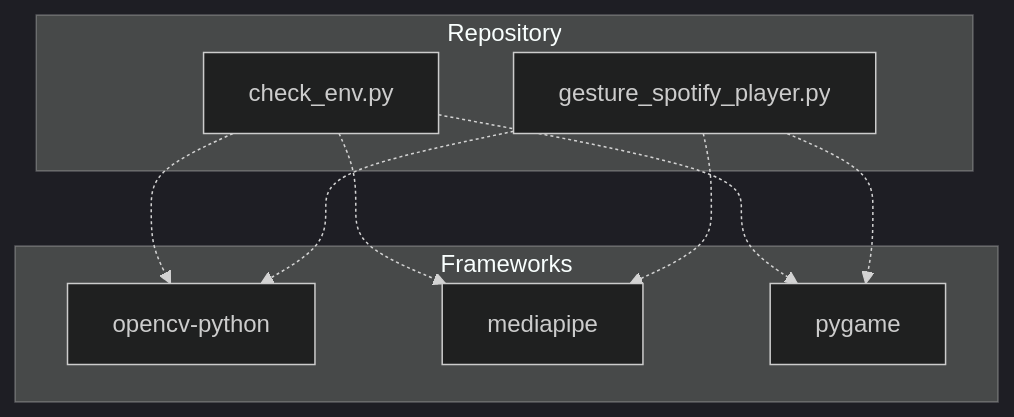
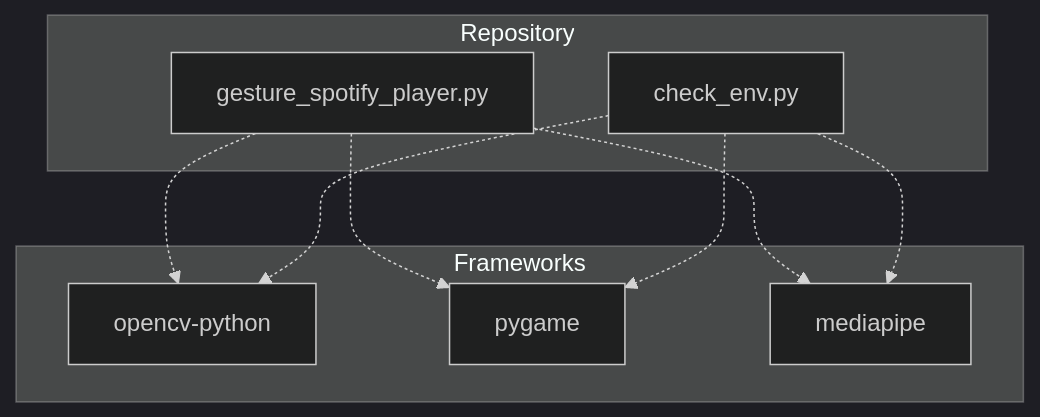
One commit to NITISH-R-G/PalmPlay1 changed the first of 2 diagrams in README.md. Above: the diagram before and after it, drawn with Mermaid (dark theme). The commit also changed other lines of this file and 3 other files, not shown here.

Commit message:
docs: update repository documentation and diagrams [skip ci]

````diff
--- a/README.md
+++ b/README.md
@@ -39,20 +39,20 @@
 ```mermaid
 graph TD
     subgraph Repository
+        gesture_spotify_player_py[gesture_spotify_player.py]
         check_env_py[check_env.py]
-        gesture_spotify_player_py[gesture_spotify_player.py]
+        click gesture_spotify_player_py href "https://github.com/NITISH-R-G/PalmPlay1/blob/main/gesture_spotify_player.py" "View source code"
         click check_env_py href "https://github.com/NITISH-R-G/PalmPlay1/blob/main/check_env.py" "View source code"
-        click gesture_spotify_player_py href "https://github.com/NITISH-R-G/PalmPlay1/blob/main/gesture_spotify_player.py" "View source code"
     end
     subgraph Frameworks
         fw_opencv_python[opencv-python]
+        fw_pygame[pygame]
         fw_mediapipe[mediapipe]
-        fw_pygame[pygame]
     end
+    gesture_spotify_player_py -.-> fw_opencv_python
+    gesture_spotify_player_py -.-> fw_pygame
+    gesture_spotify_player_py -.-> fw_mediapipe
     check_env_py -.-> fw_opencv_python
+    check_env_py -.-> fw_pygame
     check_env_py -.-> fw_mediapipe
-    check_env_py -.-> fw_pygame
-    gesture_spotify_player_py -.-> fw_opencv_python
-    gesture_spotify_player_py -.-> fw_mediapipe
-    gesture_spotify_player_py -.-> fw_pygame
 ```
````
